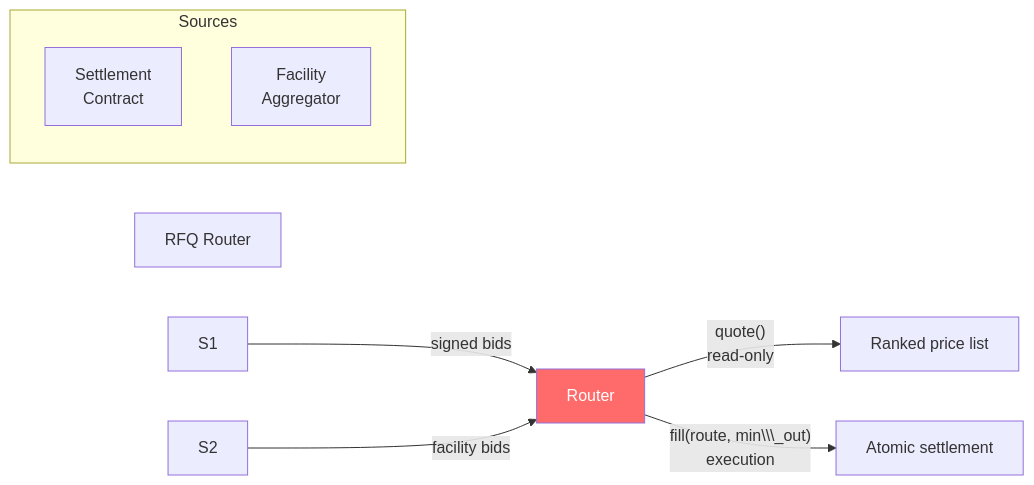
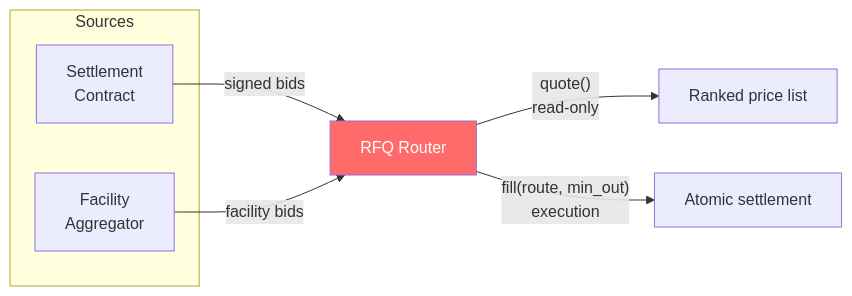
The third of 8 diagrams in docs/TECHNICAL_ARCHITECTURE.md (mystic-finance/Stellar-RFQ), drawn with Mermaid before and after one commit. The commit also changed other lines of this file, not shown here.

````diff
--- a/docs/TECHNICAL_ARCHITECTURE.md
+++ b/docs/TECHNICAL_ARCHITECTURE.md
@@ -227,16 +214,16 @@
 ```mermaid
 graph LR
     subgraph Sources
-        S1\\\["Settlement<br/>Contract"]
-        S2\\\["Facility<br/>Aggregator"]
+        S1["Settlement<br/>Contract"]
+        S2["Facility<br/>Aggregator"]
     end
 
-    Router\\\["RFQ Router"]
+    Router["RFQ Router"]
     
     S1 -->|"signed bids"| Router
     S2 -->|"facility bids"| Router
-    Router -->|"quote()<br/>read-only"| Output1\\\["Ranked price list"]
-    Router -->|"fill(route, min\\\_out)<br/>execution"| Output2\\\["Atomic settlement"]
+    Router -->|"quote()<br/>read-only"| Output1["Ranked price list"]
+    Router -->|"fill(route, min_out)<br/>execution"| Output2["Atomic settlement"]
 
     style Router fill:#ff6b6b,color:#fff
 ```
````
